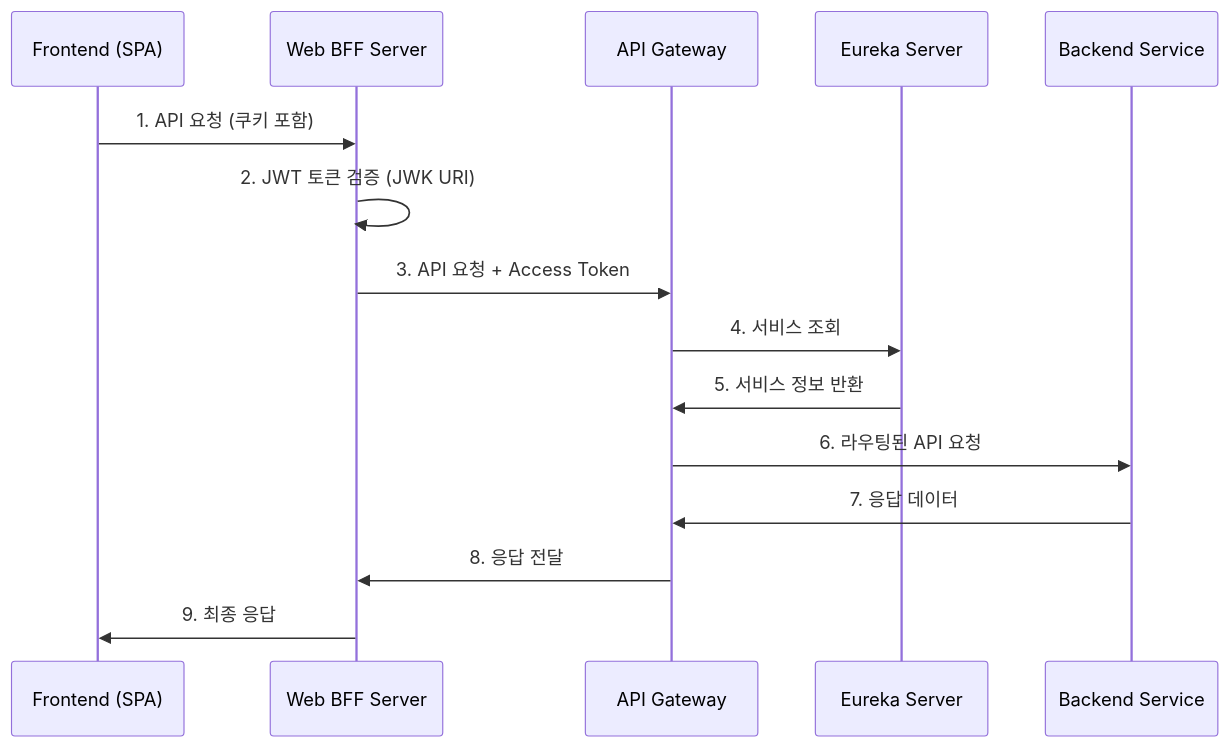
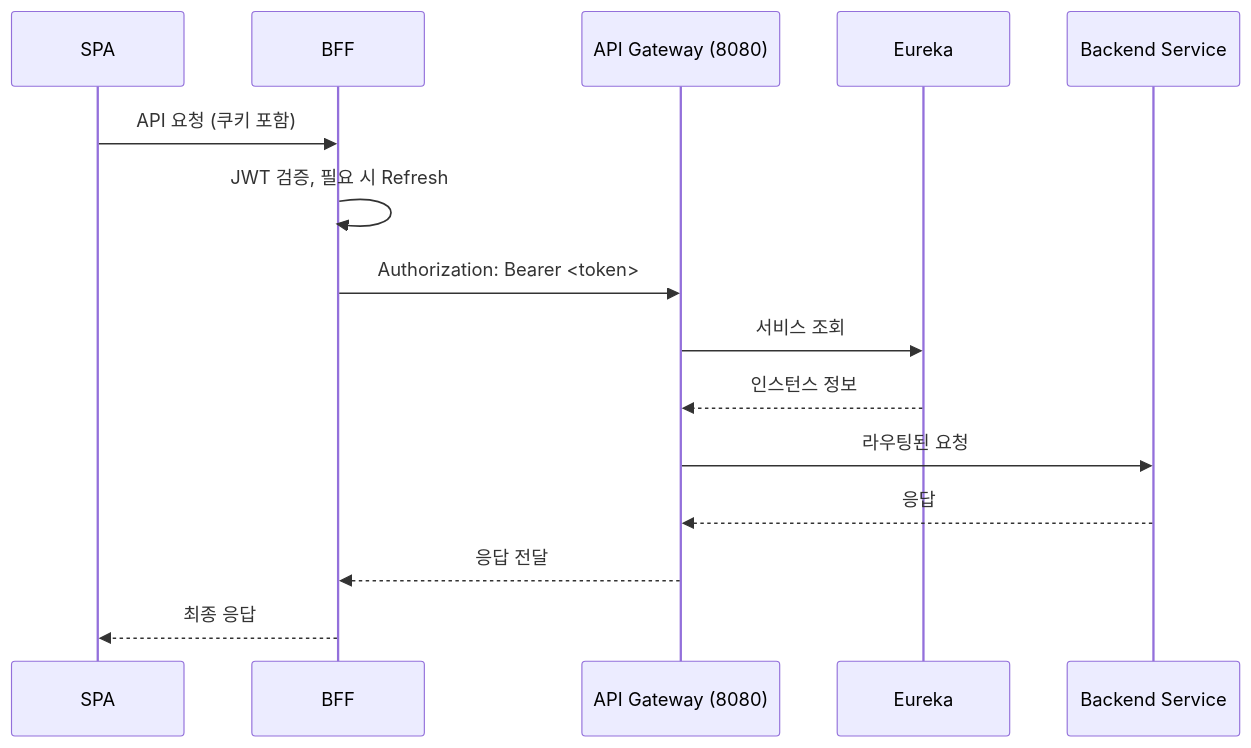
The second of 2 diagrams in README.md (rnflrnfl41/spring-msa-boilerplate), drawn with Mermaid before and after one commit. The commit also changed other lines of this file, not shown here.

````diff
--- a/README.md
+++ b/README.md
@@ -141,18 +101,17 @@
 ```mermaid
 sequenceDiagram
-    participant SPA as Frontend (SPA)
-    participant BFF as Web BFF Server
-    participant AG as API Gateway
-    participant Eureka as Eureka Server
-    participant API as Backend Service
-
-    SPA->>BFF: 1. API 요청 (쿠키 포함)
-    BFF->>BFF: 2. JWT 토큰 검증 (JWK URI)
-    BFF->>AG: 3. API 요청 + Access Token
-    AG->>Eureka: 4. 서비스 조회
-    Eureka->>AG: 5. 서비스 정보 반환
-    AG->>API: 6. 라우팅된 API 요청
-    API->>AG: 7. 응답 데이터
-    AG->>BFF: 8. 응답 전달
-    BFF->>SPA: 9. 최종 응답
+    participant SPA
+    participant BFF
+    participant GW as API Gateway (8080)
+    participant EU as Eureka
+    participant BE as Backend Service
+    SPA->>BFF: API 요청 (쿠키 포함)
+    BFF->>BFF: JWT 검증, 필요 시 Refresh
+    BFF->>GW: Authorization: Bearer <token>
+    GW->>EU: 서비스 조회
+    EU-->>GW: 인스턴스 정보
+    GW->>BE: 라우팅된 요청
+    BE-->>GW: 응답
+    GW-->>BFF: 응답 전달
+    BFF-->>SPA: 최종 응답
 ```
````
